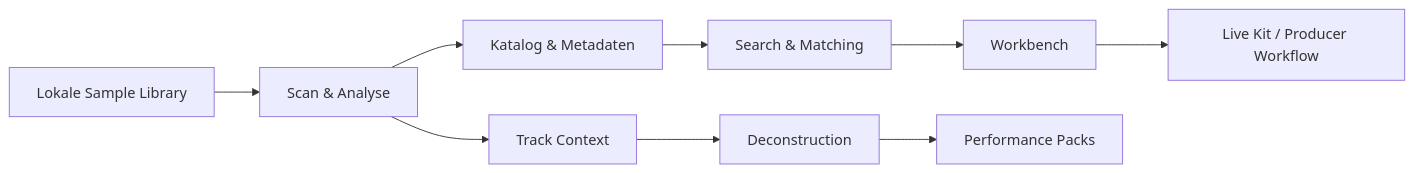
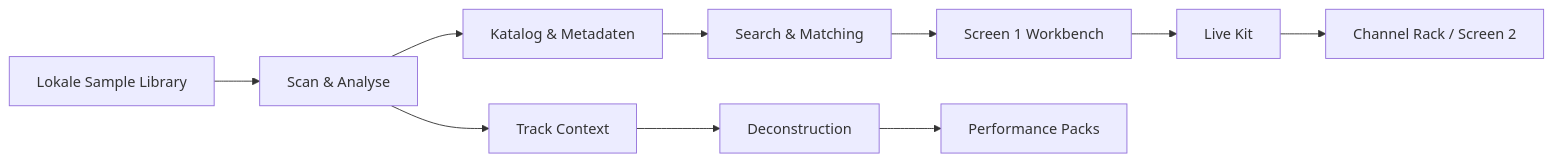
The diagram in README.md (jannekbuengener/sample-brain), drawn with Mermaid before and after one commit. The commit also changed other lines of this file and 12 other files, not shown here.

````diff
--- a/README.md
+++ b/README.md
@@ -41,11 +42,12 @@
 ```mermaid
 flowchart LR
     A[Lokale Sample Library] --> B[Scan & Analyse]
     B --> C[Katalog & Metadaten]
     C --> D[Search & Matching]
-    D --> E[Workbench]
-    E --> F[Live Kit / Producer Workflow]
+    D --> E[Screen 1 Workbench]
+    E --> F[Live Kit]
+    F --> J[Channel Rack / Screen 2]
     B --> G[Track Context]
     G --> H[Deconstruction]
     H --> I[Performance Packs]
 ```
````
